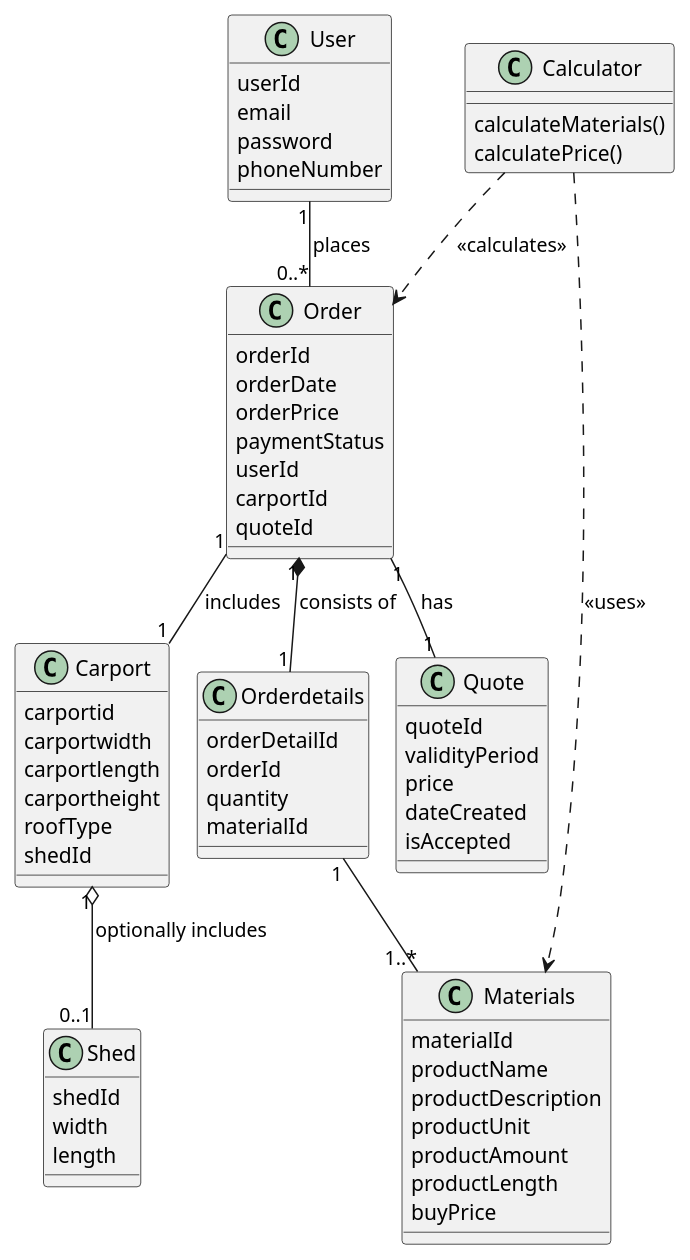
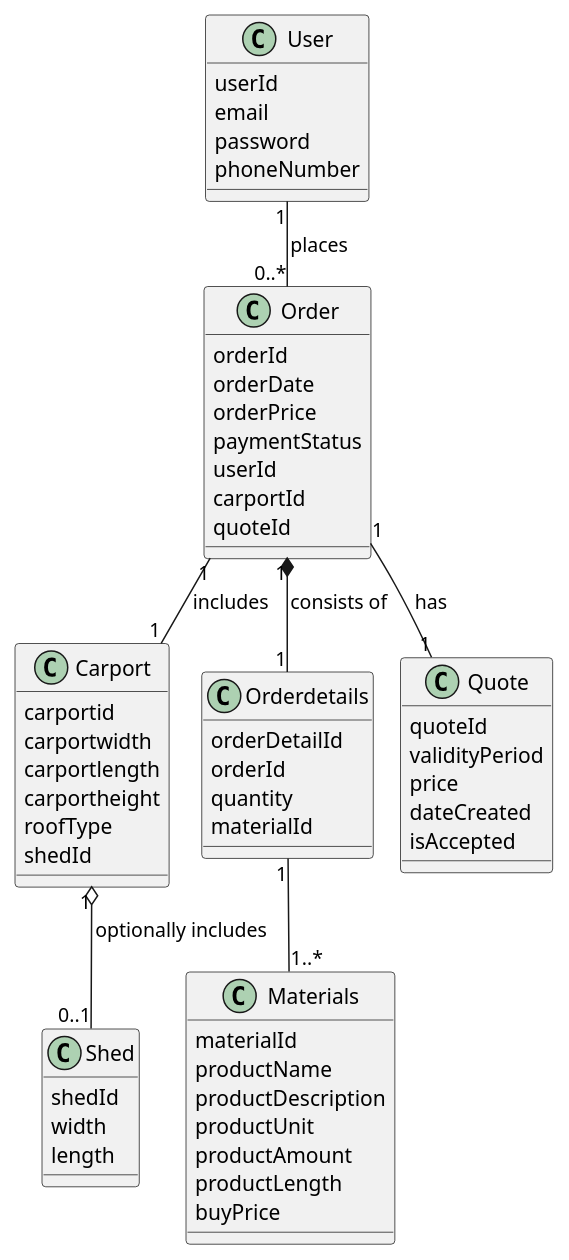
Before and after one commit to MariamE04/CarportFOG: the diagram in UML/FOG.puml, drawn with PlantUML. The commit also changed 9 other files, not shown here.

```diff
--- a/UML/FOG.puml
+++ b/UML/FOG.puml
@@ -1,77 +1,69 @@
 @startuml
 !pragma layout smetana
 class User {
   userId
   email
   password
   phoneNumber
 }
 
 class Carport {
   carportid
   carportwidth
   carportlength
   carportheight
   roofType
   shedId
 
 }
 
 class Order {
   orderId
   orderDate
   orderPrice
   paymentStatus
   userId
   carportId
   quoteId
 }
 
 class Orderdetails {
   orderDetailId
   orderId
   quantity
   materialId
 }
 
 class Shed {
   shedId
   width
   length
 }
 
 class Quote {
   quoteId
   validityPeriod
   price
   dateCreated
   isAccepted
 }
 
 class Materials {
   materialId
   productName
   productDescription
   productUnit
   productAmount
   productLength
   buyPrice
 }
 
-class Calculator {
-  calculateMaterials()
-  calculatePrice()
-}
-
 ' Relationer
 User "1" -- "0..*" Order : places >
 Order "1" -- "1" Carport : includes >
 Order "1" -- "1" Quote : has >
 Carport "1" o-- "0..1" Shed : optionally includes >
 Order "1" *-- "1" Orderdetails : consists of >
 Orderdetails "1" -- "1..*" Materials
 
-Calculator ..> Materials : <<uses>>
-Calculator ..> Order : <<calculates>>
-
 @enduml
```
